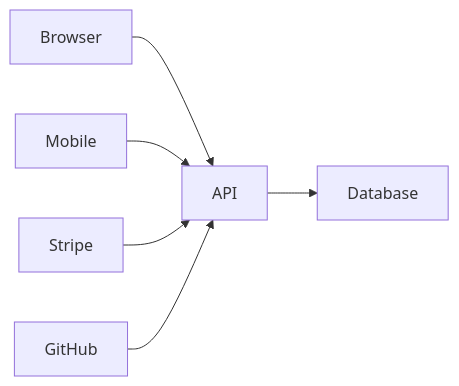
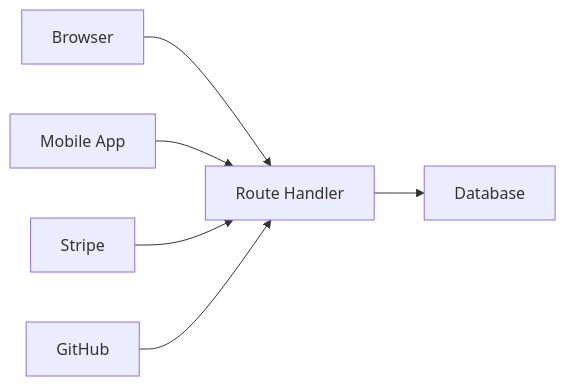
One commit to seanwhs/Tutorials changed the ninth of 12 diagrams in NextJS/Next-JS-Tutorial/Articles/Modern-Client-Server-Architecture.md. Above: the diagram before and after it, drawn with Mermaid. The commit also changed other lines of this file, not shown here.

````diff
--- a/NextJS/Next-JS-Tutorial/Articles/Modern-Client-Server-Architecture.md
+++ b/NextJS/Next-JS-Tutorial/Articles/Modern-Client-Server-Architecture.md
@@ -815,18 +808,16 @@
 ```mermaid
 graph LR
+    BROWSER[Browser]
+    MOBILE[Mobile App]
+    STRIPE[Stripe]
+    GITHUB[GitHub]
+    API[Route Handler]
+    DB[Database]
 
-Browser
-    --> API
+    BROWSER --> API
+    MOBILE --> API
+    STRIPE --> API
+    GITHUB --> API
 
-Mobile
-    --> API
-
-Stripe
-    --> API
-
-GitHub
-    --> API
-
-API
-    --> Database
+    API --> DB
 ```
````
